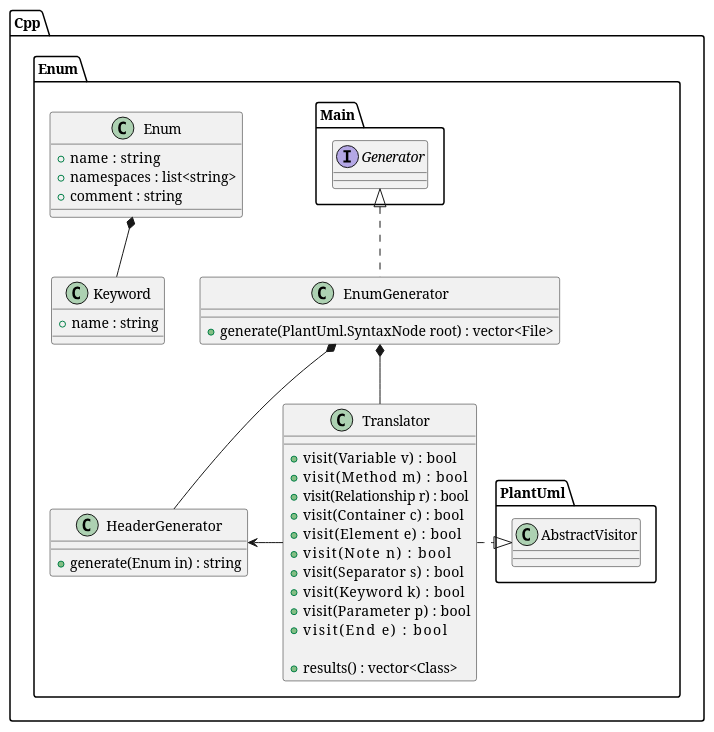
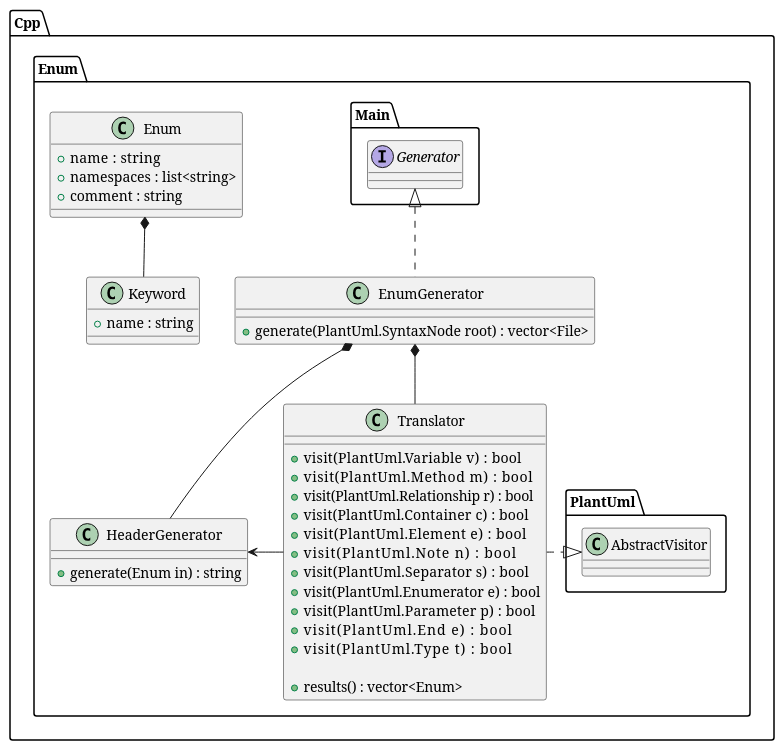
The diagram in models/Enum.puml (jteuber/PlantUML2Cpp), drawn with PlantUML before and after one commit. The commit also changed 4 other files, not shown here.

```diff
--- a/models/Enum.puml
+++ b/models/Enum.puml
@@ -1,47 +1,48 @@
 @startuml Enum
 
 namespace Cpp {
     namespace Enum {
         ' *************** ALGORITHMS ***************
         class HeaderGenerator {
             +generate(Enum in) : string
         }
 
         class Translator
         {
-            +visit(Variable v)     : bool
-            +visit(Method m)       : bool
-            +visit(Relationship r) : bool
-            +visit(Container c)    : bool
-            +visit(Element e)      : bool
-            +visit(Note n)         : bool
-            +visit(Separator s)    : bool
-            +visit(Keyword k)      : bool
-            +visit(Parameter p)    : bool
-            +visit(End e)          : bool
+            +visit(PlantUml.Variable v)     : bool
+            +visit(PlantUml.Method m)       : bool
+            +visit(PlantUml.Relationship r) : bool
+            +visit(PlantUml.Container c)    : bool
+            +visit(PlantUml.Element e)      : bool
+            +visit(PlantUml.Note n)         : bool
+            +visit(PlantUml.Separator s)    : bool
+            +visit(PlantUml.Enumerator e)   : bool
+            +visit(PlantUml.Parameter p)    : bool
+            +visit(PlantUml.End e)          : bool
+            +visit(PlantUml.Type t)         : bool
 
-            +results() : vector<Class>
+            +results() : vector<Enum>
         }
         Translator .|> PlantUml.AbstractVisitor
         Translator -left-> HeaderGenerator
 
 
         class EnumGenerator implements Main.Generator {
             +generate(PlantUml.SyntaxNode root) : vector<File>
         }
         EnumGenerator *-- Translator
         EnumGenerator *-- HeaderGenerator
 
         class Enum {
             +name  : string
             +namespaces : list<string>
             +comment : string
         }
         class Keyword {
             +name : string
         }
 
         Enum *-- Keyword
     }
 }
 @enduml
```
